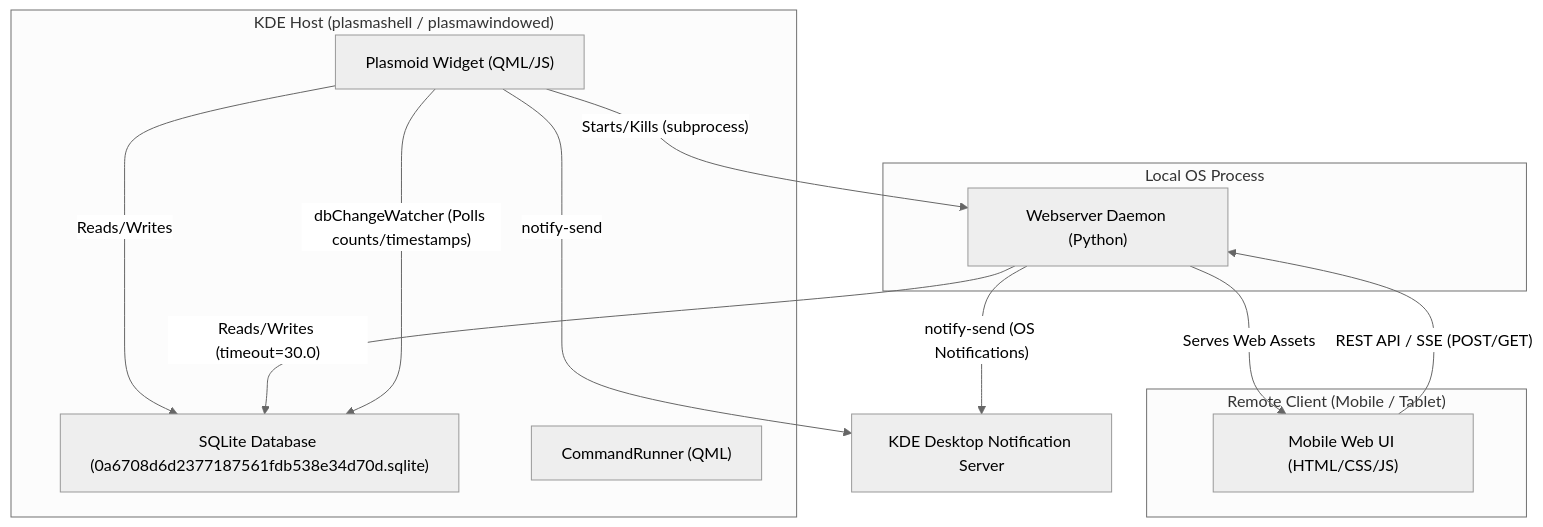
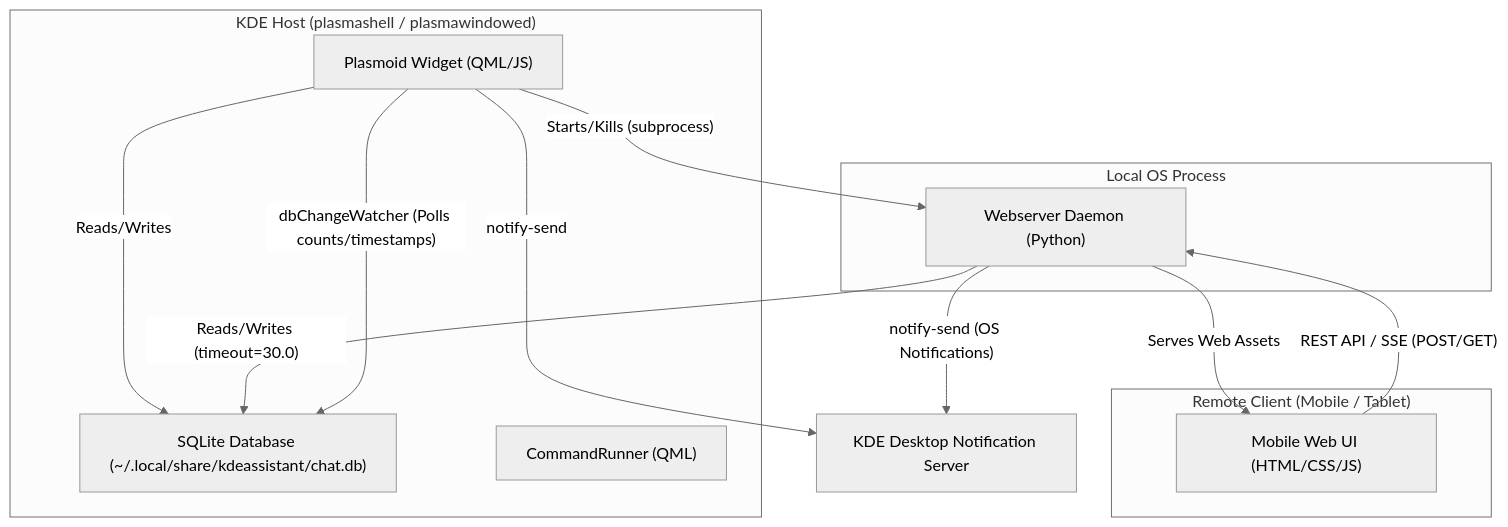
The diagram in documentation/software_map.md (hadealahmad/KDE-Assisstant), drawn with Mermaid (neutral theme) before and after one commit. The commit also changed other lines of this file and 19 other files, not shown here.

````diff
--- a/documentation/software_map.md
+++ b/documentation/software_map.md
@@ -14,26 +14,26 @@
 ```mermaid
 graph TD
     subgraph "KDE Host (plasmashell / plasmawindowed)"
         Plasmoid["Plasmoid Widget (QML/JS)"]
-        DB["SQLite Database (0a6708d6d2377187561fdb538e34d70d.sqlite)"]
+        DB["SQLite Database (~/.local/share/kdeassistant/chat.db)"]
         CmdRunner["CommandRunner (QML)"]
     end
 
     subgraph "Local OS Process"
         Daemon["Webserver Daemon (Python)"]
     end
 
     subgraph "Remote Client (Mobile / Tablet)"
         WebUI["Mobile Web UI (HTML/CSS/JS)"]
     end
 
     %% Connections
     Plasmoid -->|"Starts/Kills (subprocess)"| Daemon
     Plasmoid -->|"Reads/Writes"| DB
     Daemon -->|"Reads/Writes (timeout=30.0)"| DB
     Daemon -->|"Serves Web Assets"| WebUI
     WebUI -->|"REST API / SSE (POST/GET)"| Daemon
     Plasmoid -->|"dbChangeWatcher (Polls counts/timestamps)"| DB
     Daemon -->|"notify-send (OS Notifications)"| HostOS["KDE Desktop Notification Server"]
     Plasmoid -->|"notify-send"| HostOS
 ```
````
